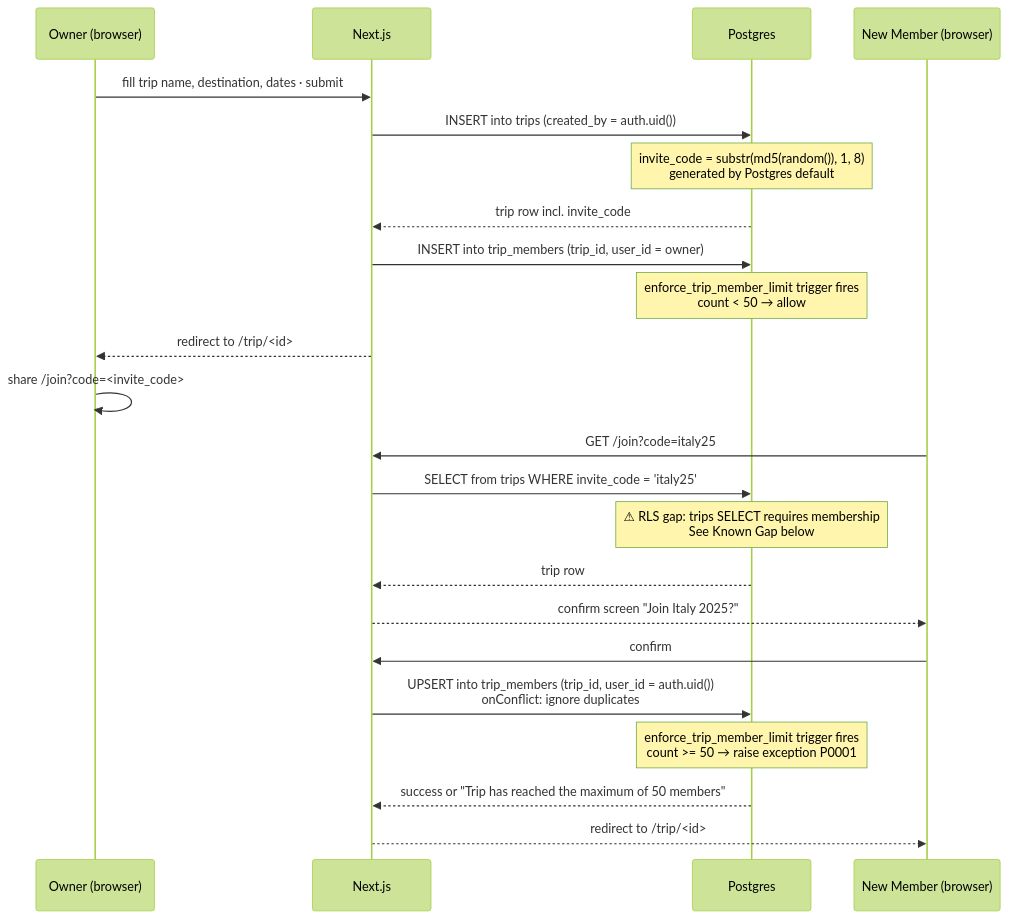
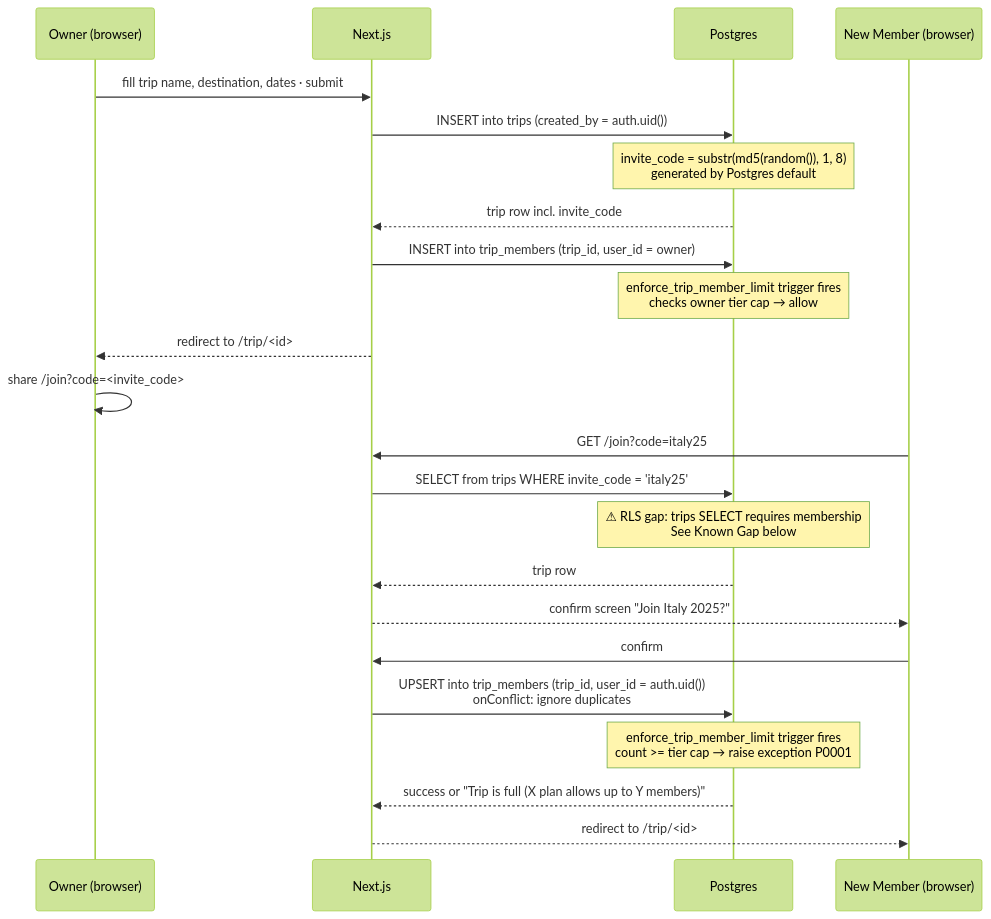
One commit to ChrisPipitone/pulse-travel changed the first of 4 diagrams in docs/TRIP_FLOW.md. Above: the diagram before and after it, drawn with Mermaid (forest theme). The commit also changed other lines of this file and 4 other files, not shown here.

Commit message:
docs: add TIERS.md; update CLAUDE.md, TODO, DATA_MODEL, TRIP_FLOW with tier tracking

````diff
--- a/docs/TRIP_FLOW.md
+++ b/docs/TRIP_FLOW.md
@@ -9,28 +9,28 @@
 ```mermaid
 sequenceDiagram
     participant O as Owner (browser)
     participant App as Next.js
     participant DB as Postgres
 
     O->>App: fill trip name, destination, dates · submit
     App->>DB: INSERT into trips (created_by = auth.uid())
     Note over DB: invite_code = substr(md5(random()), 1, 8)<br/>generated by Postgres default
     DB-->>App: trip row incl. invite_code
     App->>DB: INSERT into trip_members (trip_id, user_id = owner)
-    Note over DB: enforce_trip_member_limit trigger fires<br/>count < 50 → allow
+    Note over DB: enforce_trip_member_limit trigger fires<br/>checks owner tier cap → allow
     App-->>O: redirect to /trip/<id>
 
     O->>O: share /join?code=<invite_code>
 
     participant M as New Member (browser)
     M->>App: GET /join?code=italy25
     App->>DB: SELECT from trips WHERE invite_code = 'italy25'
     Note over DB: ⚠ RLS gap: trips SELECT requires membership<br/>See Known Gap below
     DB-->>App: trip row
     App-->>M: confirm screen "Join Italy 2025?"
     M->>App: confirm
     App->>DB: UPSERT into trip_members (trip_id, user_id = auth.uid())<br/>onConflict: ignore duplicates
-    Note over DB: enforce_trip_member_limit trigger fires<br/>count >= 50 → raise exception P0001
-    DB-->>App: success or "Trip has reached the maximum of 50 members"
+    Note over DB: enforce_trip_member_limit trigger fires<br/>count >= tier cap → raise exception P0001
+    DB-->>App: success or "Trip is full (X plan allows up to Y members)"
     App-->>M: redirect to /trip/<id>
 ```
````
